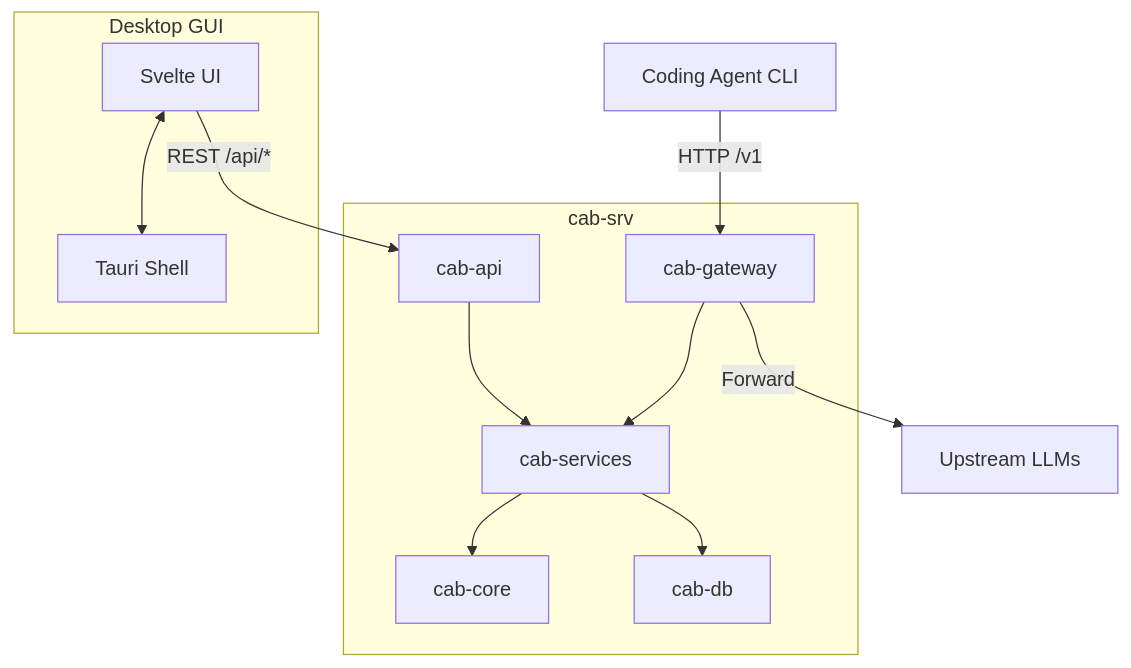
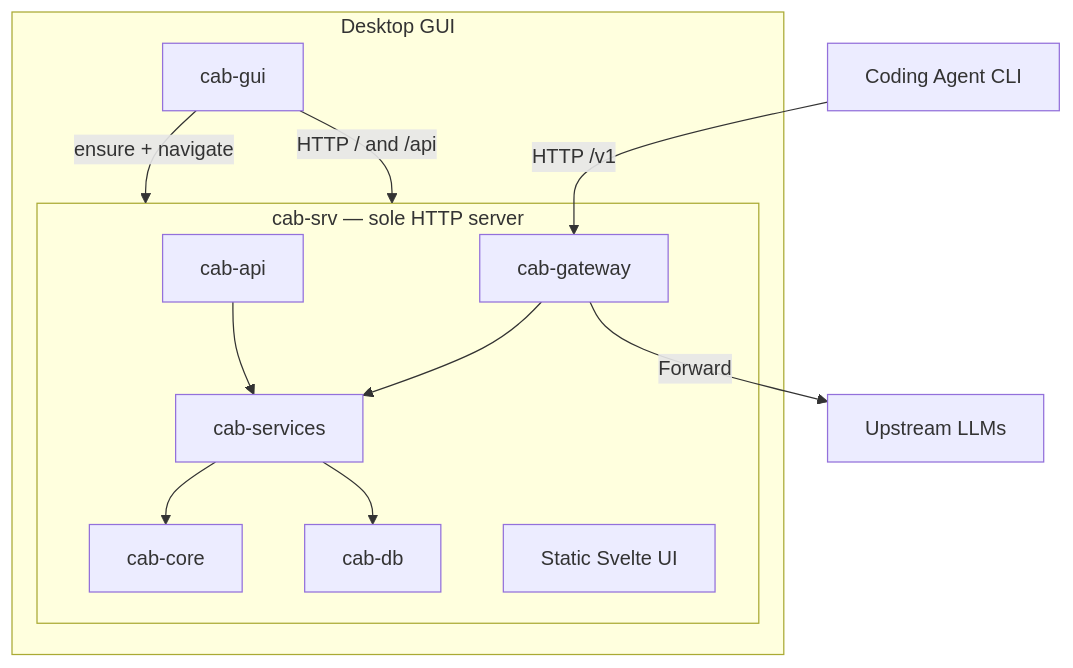
The diagram in docs/src/content/docs/reference/architecture.md (xiongdi/cab), drawn with Mermaid before and after one commit. The commit also changed other lines of this file and 37 other files, not shown here.

````diff
--- a/docs/src/content/docs/reference/architecture.md
+++ b/docs/src/content/docs/reference/architecture.md
@@ -8,17 +8,18 @@
 ```mermaid
 graph TD
     subgraph Frontend [Desktop GUI]
-        Svelte[Svelte UI] <--> Tauri[Tauri Shell]
+        Tauri[cab-gui] -->|ensure + navigate| CabSrv
     end
 
-    subgraph Backend [cab-srv]
+    subgraph CabSrv [cab-srv — sole HTTP server]
         API[cab-api] --> Services[cab-services]
         Gateway[cab-gateway] --> Services
         Services --> Core[cab-core]
         Services --> DB[cab-db]
+        UI[Static Svelte UI]
     end
 
     Agent[Coding Agent CLI] -->|HTTP /v1| Gateway
     Gateway -->|Forward| LLM[Upstream LLMs]
-    Svelte -->|REST /api/*| API
+    Tauri -->|HTTP / and /api| CabSrv
 ```
````
